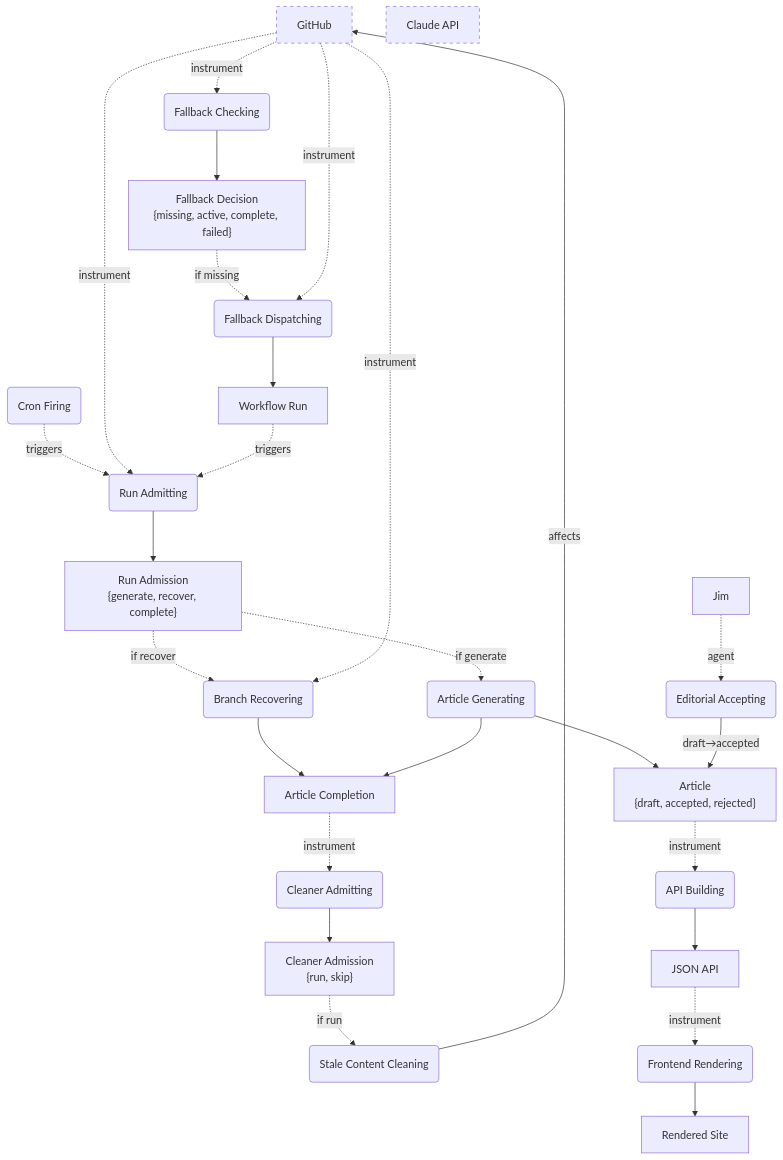
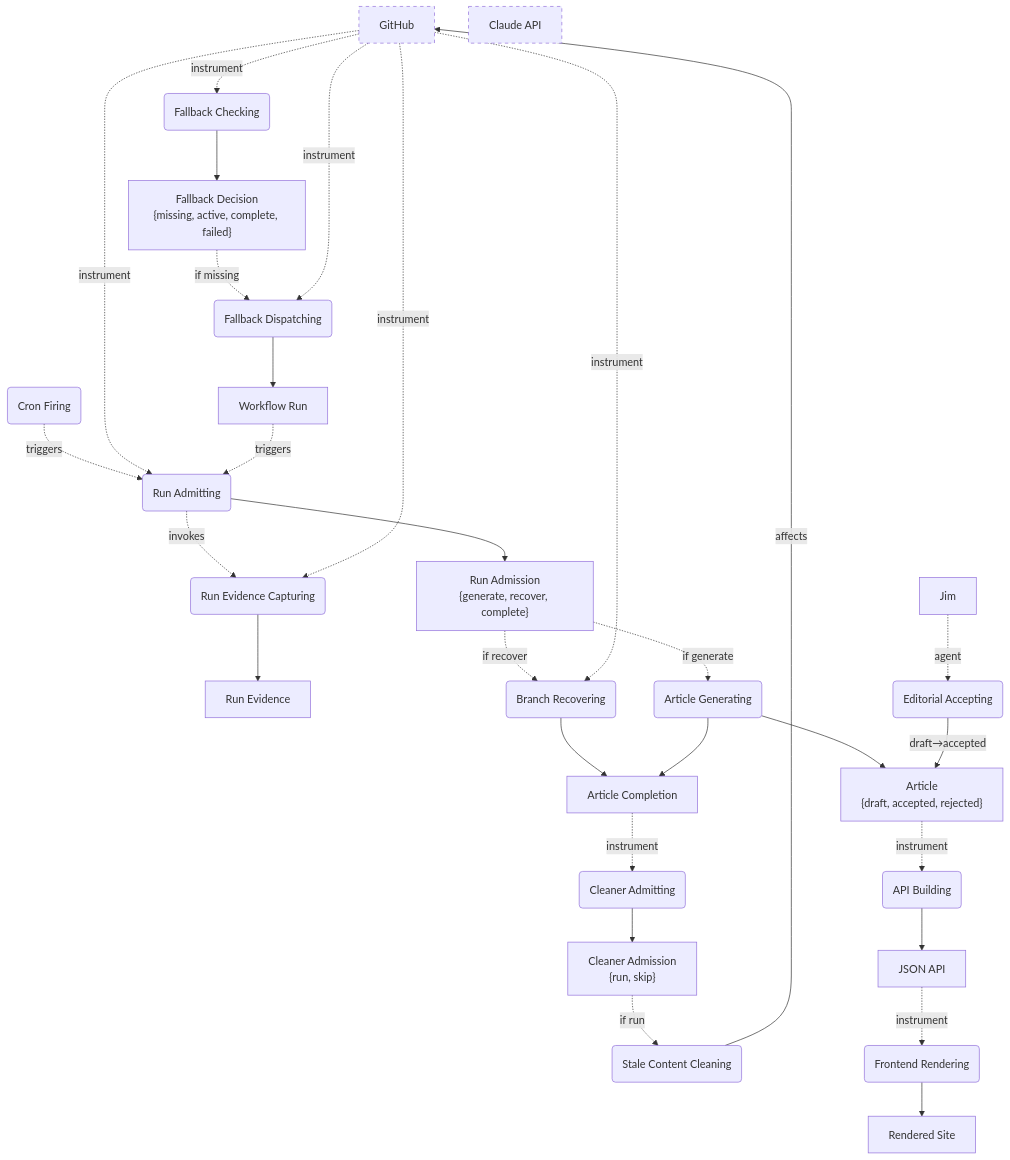
One commit to ojfbot/daily-logger changed the first of 2 diagrams in opm/system.md. Above: the diagram before and after it, drawn with Mermaid. The commit also changed other lines of this file and 16 other files, not shown here.

````diff
--- a/opm/system.md
+++ b/opm/system.md
@@ -9,54 +9,59 @@
 ```mermaid
 flowchart TD
   Jim["Jim"]
   GitHub["GitHub"]
   ClaudeAPI["Claude API"]
   Article["Article<br/>{draft, accepted, rejected}"]
   RunAdmission["Run Admission<br/>{generate, recover, complete}"]
   CronFiring("Cron Firing")
   RunAdmitting("Run Admitting")
+  RunEvidenceCapturing("Run Evidence Capturing")
+  RunEvidence["Run Evidence"]
   ArticleGenerating("Article Generating")
   BranchRecovering("Branch Recovering")
   ArticleCompletion["Article Completion"]
   CleanerAdmitting("Cleaner Admitting")
   CleanerAdmission["Cleaner Admission<br/>{run, skip}"]
   StaleContentCleaning("Stale Content Cleaning")
   FallbackChecking("Fallback Checking")
   FallbackDecision["Fallback Decision<br/>{missing, active, complete, failed}"]
   FallbackDispatching("Fallback Dispatching")
   WorkflowRun["Workflow Run"]
   EditorialAccepting("Editorial Accepting")
   APIBuilding("API Building")
   JSONAPI["JSON API"]
   FrontendRendering("Frontend Rendering")
   RenderedSite["Rendered Site"]
 
   style GitHub stroke-dasharray: 5 5
   style ClaudeAPI stroke-dasharray: 5 5
 
   CronFiring -. triggers .-> RunAdmitting
   GitHub -. instrument .-> RunAdmitting
   RunAdmitting --> RunAdmission
+  RunAdmitting -. invokes .-> RunEvidenceCapturing
+  GitHub -. instrument .-> RunEvidenceCapturing
+  RunEvidenceCapturing --> RunEvidence
   RunAdmission -. if generate .-> ArticleGenerating
   RunAdmission -. if recover .-> BranchRecovering
   GitHub -. instrument .-> BranchRecovering
   BranchRecovering --> ArticleCompletion
   ArticleGenerating --> ArticleCompletion
   ArticleCompletion -. instrument .-> CleanerAdmitting
   CleanerAdmitting --> CleanerAdmission
   CleanerAdmission -. if run .-> StaleContentCleaning
   StaleContentCleaning -- affects --> GitHub
   GitHub -. instrument .-> FallbackChecking
   FallbackChecking --> FallbackDecision
   FallbackDecision -. if missing .-> FallbackDispatching
   GitHub -. instrument .-> FallbackDispatching
   FallbackDispatching --> WorkflowRun
   WorkflowRun -. triggers .-> RunAdmitting
   ArticleGenerating --> Article
   Jim -. agent .-> EditorialAccepting
   EditorialAccepting -- draft→accepted --> Article
   Article -. instrument .-> APIBuilding
   APIBuilding --> JSONAPI
   JSONAPI -. instrument .-> FrontendRendering
   FrontendRendering --> RenderedSite
 ```
````
